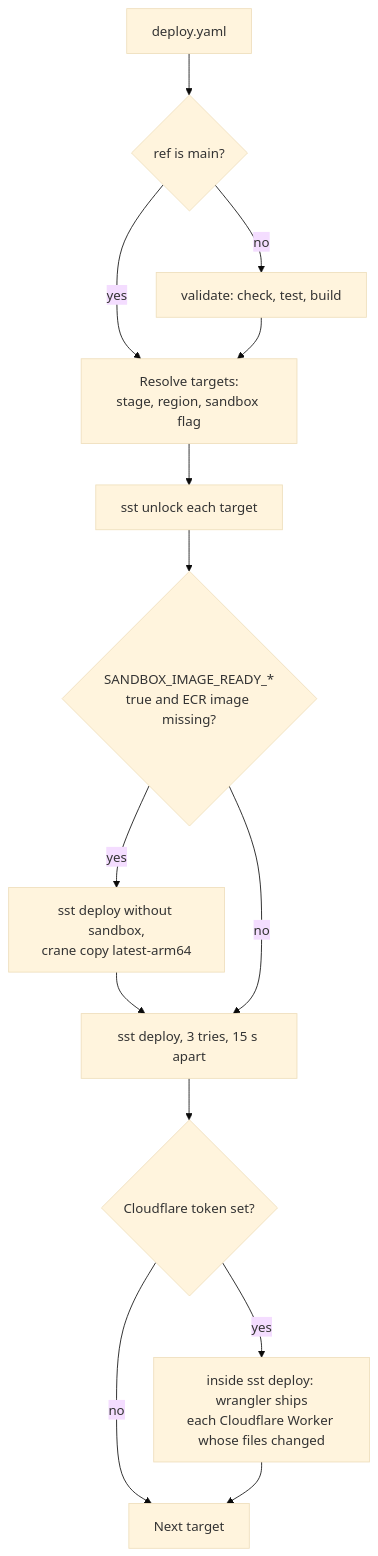
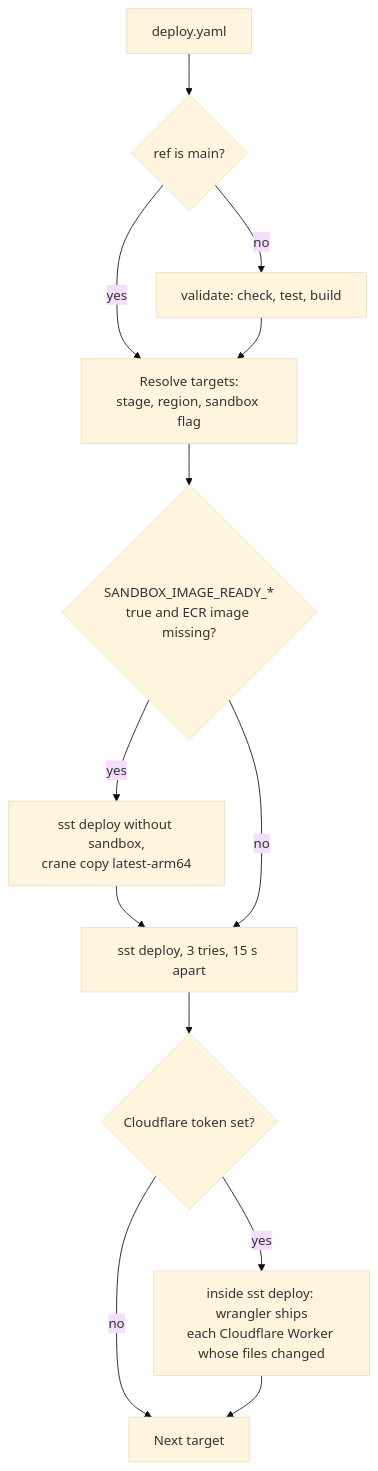
The fourth of 5 diagrams in apps/docs/docs/internals/ci-cd.md (beeblastco/broods), drawn with Mermaid (base theme) before and after one commit. The commit also changed other lines of this file and 1 other file, not shown here.

Commit message:
ci(deploy): stop force-unlocking the SST stage before every deploy

````diff
--- a/apps/docs/docs/internals/ci-cd.md
+++ b/apps/docs/docs/internals/ci-cd.md
@@ -112,16 +112,15 @@
 ```mermaid
 flowchart TD
   A["deploy.yaml"] --> B{"ref is main?"}
   B -->|no| V["validate: check, test, build"]
   B -->|yes| T
   V --> T["Resolve targets:<br/>stage, region, sandbox flag"]
-  T --> L["sst unlock each target"]
-  L --> S{"SANDBOX_IMAGE_READY_*<br/>true and ECR image missing?"}
+  T --> S{"SANDBOX_IMAGE_READY_*<br/>true and ECR image missing?"}
   S -->|yes| S1["sst deploy without sandbox,<br/>crane copy latest-arm64"]
   S1 --> D
   S -->|no| D["sst deploy, 3 tries, 15 s apart"]
   D --> W{"Cloudflare token set?"}
   W -->|no| Done[Next target]
   W -->|yes| M["inside sst deploy: wrangler ships<br/>each Cloudflare Worker whose files changed"]
   M --> Done
 ```
````
